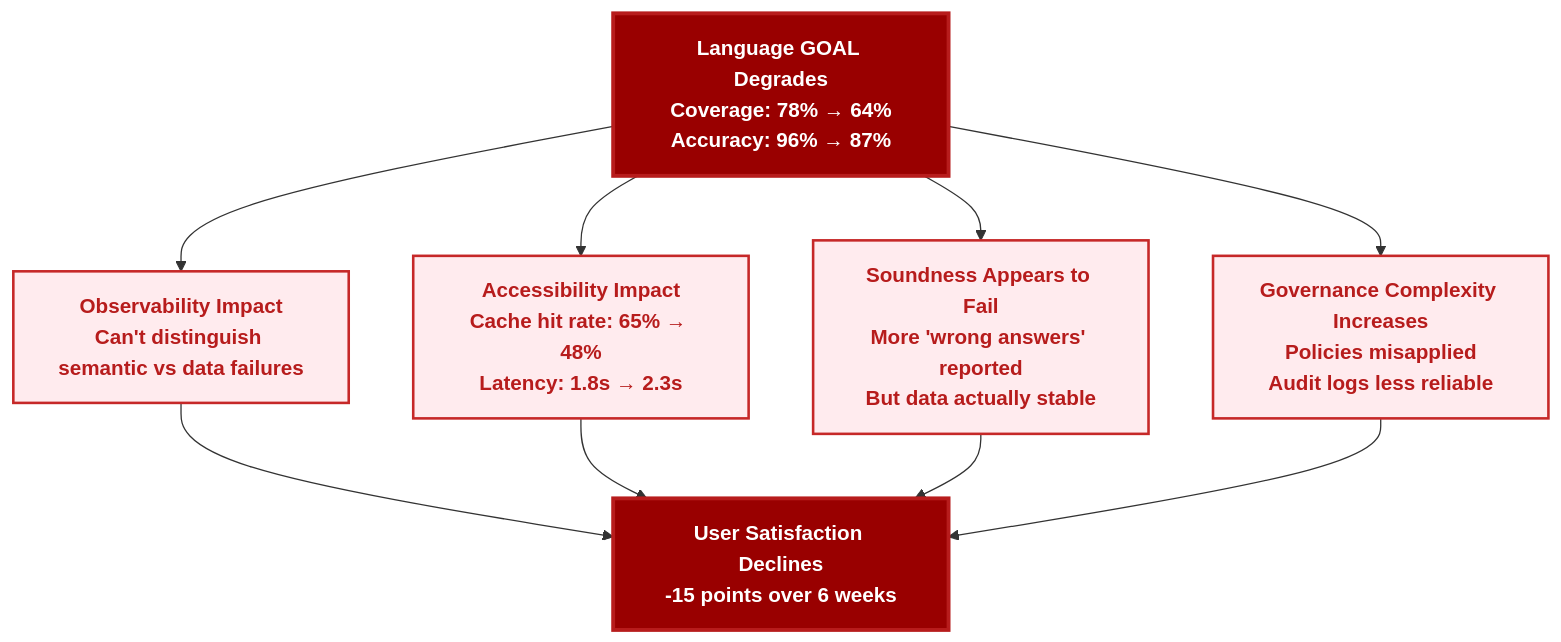
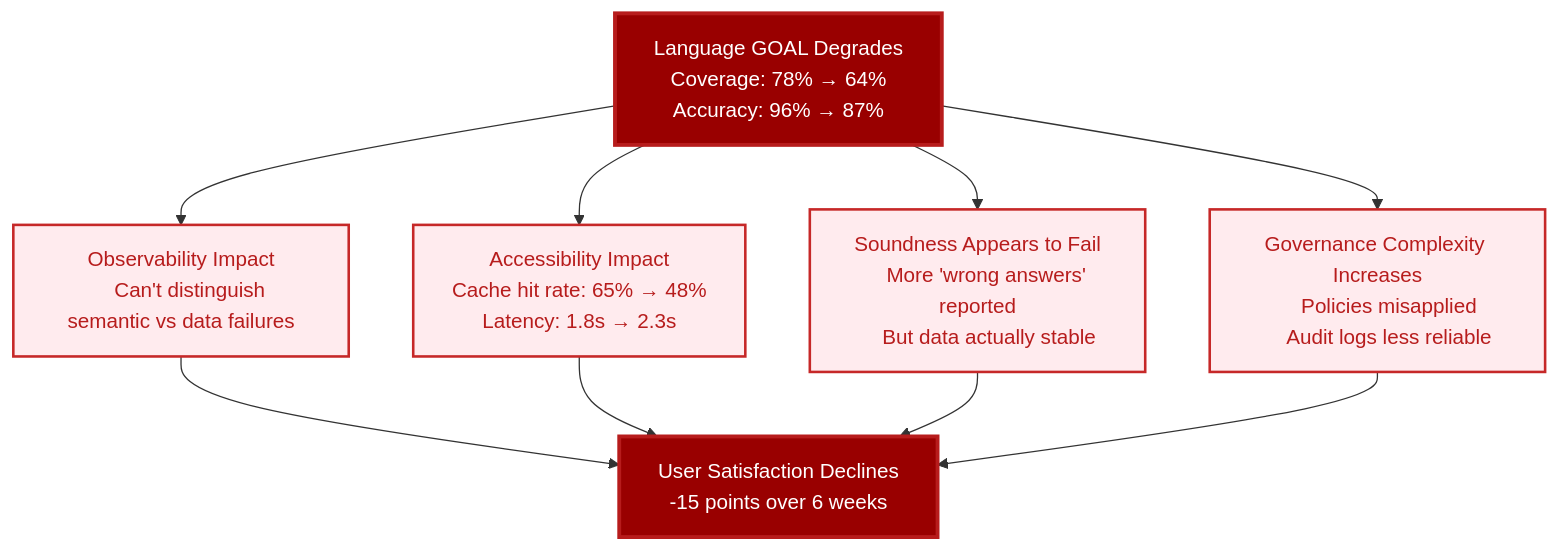
Before and after one commit to colaberry/enterprise-data-readiness-ai-agents: the eighth of 11 diagrams in chapter-02/chapter_2_complete.md, drawn with Mermaid. The commit also changed other lines of this file and 1 other file, not shown here.

First line of the commit message:
sequence diagrams updated with font fixes

````diff
--- a/chapter-02/chapter_2_complete.md
+++ b/chapter-02/chapter_2_complete.md
@@ -1287,19 +1391,29 @@
 ```mermaid
 graph TD
-    A["<b>Language GOAL Degrades</b><br/><b>Coverage: 78% → 64%</b><br/><b>Accuracy: 96% → 87%</b>"] --> B["<b>Observability Impact</b><br/><b>Can't distinguish semantic vs data failures</b>"]
-    A --> C["<b>Accessibility Impact</b><br/><b>Cache hit rate: 65% → 48%</b><br/><b>Latency: 1.8s → 2.3s</b>"]
-    A --> D["<b>Soundness Appears to Fail</b><br/><b>More 'wrong answers' reported</b><br/><b>But data actually stable</b>"]
-    A --> E["<b>Governance Complexity Increases</b><br/><b>Policies misapplied</b><br/><b>Audit logs less reliable</b>"]
+    A["Language GOAL Degrades
+    Coverage: 78% → 64%
+    Accuracy: 96% → 87%"] --> B["Observability Impact
+    Can't distinguish semantic vs data failures"]
+    A --> C["Accessibility Impact
+    Cache hit rate: 65% → 48%
+    Latency: 1.8s → 2.3s"]
+    A --> D["Soundness Appears to Fail
+    More 'wrong answers' reported
+    But data actually stable"]
+    A --> E["Governance Complexity Increases
+    Policies misapplied
+    Audit logs less reliable"]
     
-    B --> F["<b>User Satisfaction Declines</b><br/><b>-15 points over 6 weeks</b>"]
+    B --> F["User Satisfaction Declines
+    -15 points over 6 weeks"]
     C --> F
     D --> F
     E --> F
     
     style A fill:#990000,color:#ffffff,stroke:#b71c1c,stroke-width:3px
     style B fill:#ffebee,stroke:#c62828,stroke-width:2px,color:#b71c1c
     style C fill:#ffebee,stroke:#c62828,stroke-width:2px,color:#b71c1c
     style D fill:#ffebee,stroke:#c62828,stroke-width:2px,color:#b71c1c
     style E fill:#ffebee,stroke:#c62828,stroke-width:2px,color:#b71c1c
     style F fill:#990000,color:#ffffff,stroke:#b71c1c,stroke-width:3px
 ```
````
